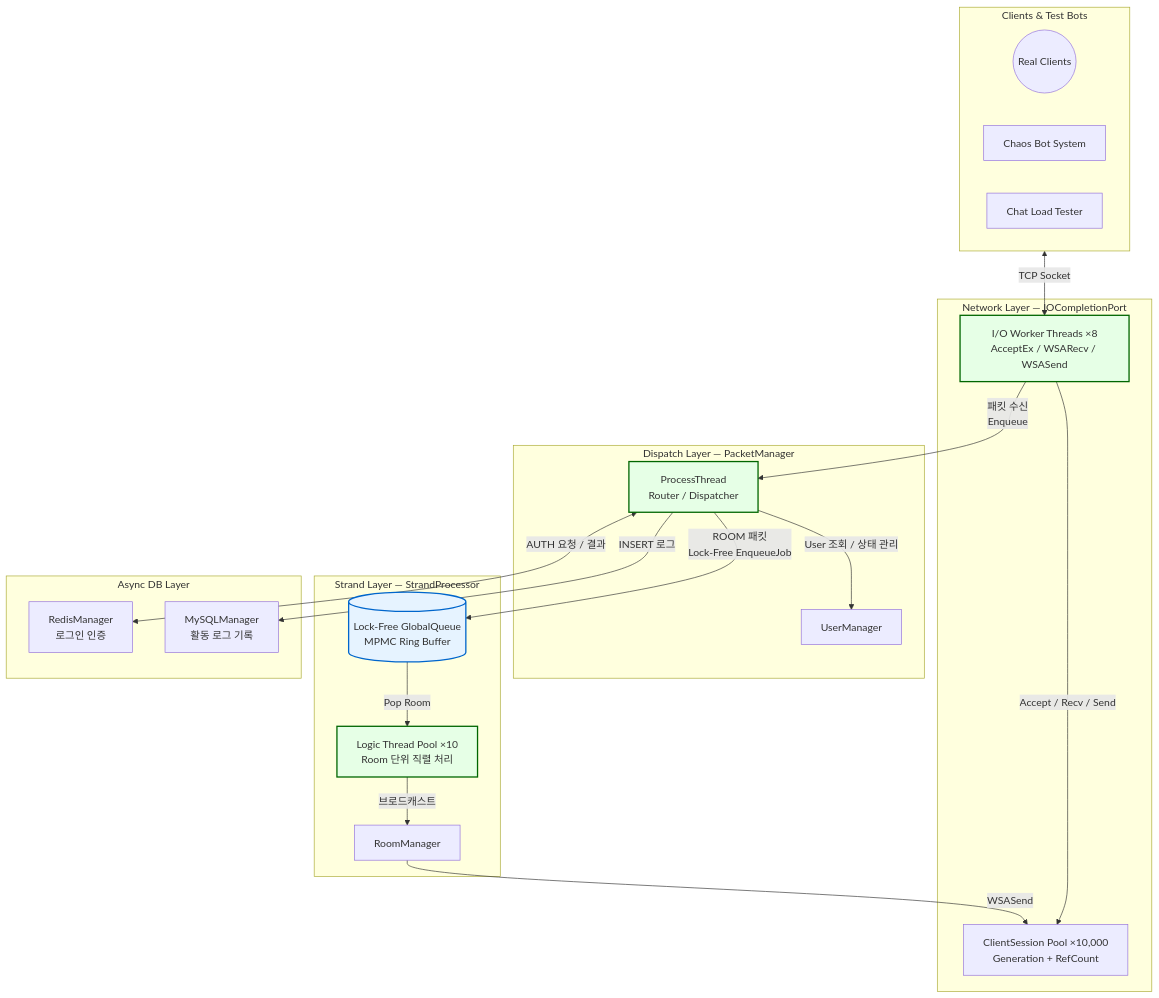
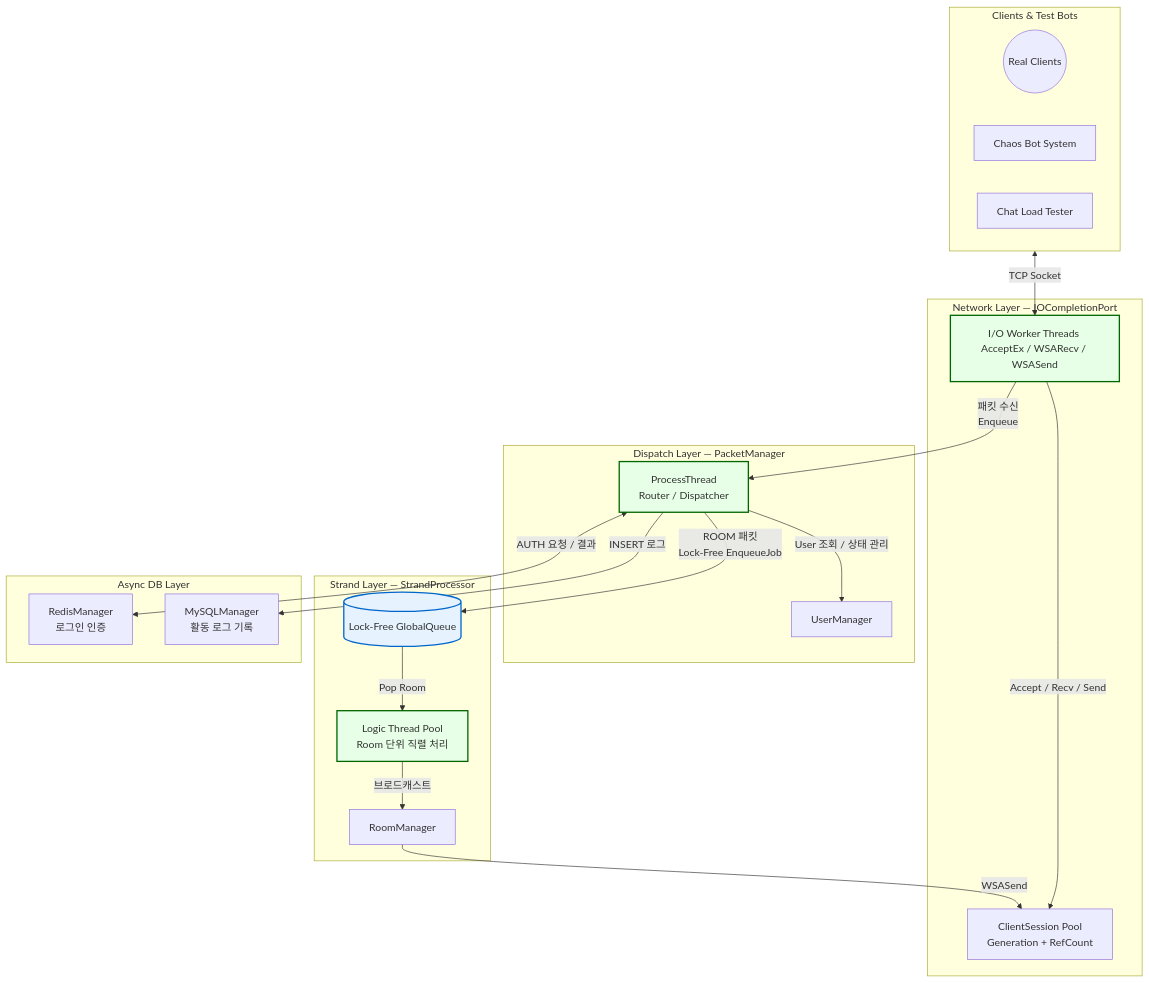
The diagram in README.md (kanghyoungwoo/IOCP), drawn with Mermaid before and after one commit.

Commit message:
readme 수정

````diff
--- a/README.md
+++ b/README.md
@@ -189,46 +189,46 @@
 ```mermaid
 graph TD
     subgraph External ["Clients & Test Bots"]
         Clients((Real Clients))
         ChaosBot[Chaos Bot System]
         LoadTester[Chat Load Tester]
     end
 
     subgraph Network ["Network Layer — IOCompletionPort"]
-        IOWorkers["I/O Worker Threads ×8\nAcceptEx / WSARecv / WSASend"]
-        SessionPool["ClientSession Pool ×10,000\nGeneration + RefCount"]
+        IOWorkers["I/O Worker Threads \nAcceptEx / WSARecv / WSASend"]
+        SessionPool["ClientSession Pool \nGeneration + RefCount"]
         IOWorkers -->|"Accept / Recv / Send"| SessionPool
     end
 
     subgraph Dispatch ["Dispatch Layer — PacketManager"]
         ProcessTh["ProcessThread\nRouter / Dispatcher"]
         UserMgr["UserManager"]
         ProcessTh -->|"User 조회 / 상태 관리"| UserMgr
     end
 
     subgraph Strand ["Strand Layer — StrandProcessor"]
-        GlobalQ[("Lock-Free GlobalQueue\nMPMC Ring Buffer")]
-        LogicTh["Logic Thread Pool ×10\nRoom 단위 직렬 처리"]
+        GlobalQ[("Lock-Free GlobalQueue\n ")]
+        LogicTh["Logic Thread Pool \nRoom 단위 직렬 처리"]
         RoomMgr["RoomManager"]
         GlobalQ -->|"Pop Room"| LogicTh
         LogicTh -->|"브로드캐스트"| RoomMgr
     end
 
     subgraph DB ["Async DB Layer"]
         Redis["RedisManager\n로그인 인증"]
         MySQL["MySQLManager\n활동 로그 기록"]
     end
 
     External <-->|"TCP Socket"| IOWorkers
     IOWorkers -->|"패킷 수신\nEnqueue"| ProcessTh
     ProcessTh -->|"ROOM 패킷\nLock-Free EnqueueJob"| GlobalQ
     ProcessTh <-->|"AUTH 요청 / 결과"| Redis
     ProcessTh -->|"INSERT 로그"| MySQL
     RoomMgr -->|"WSASend"| SessionPool
 
     classDef lockfree fill:#e6f3ff,stroke:#0066cc,stroke-width:2px;
     classDef thread fill:#e6ffe6,stroke:#006600,stroke-width:2px;
 
     class GlobalQ lockfree;
     class IOWorkers,ProcessTh,LogicTh thread;
 ```
````
